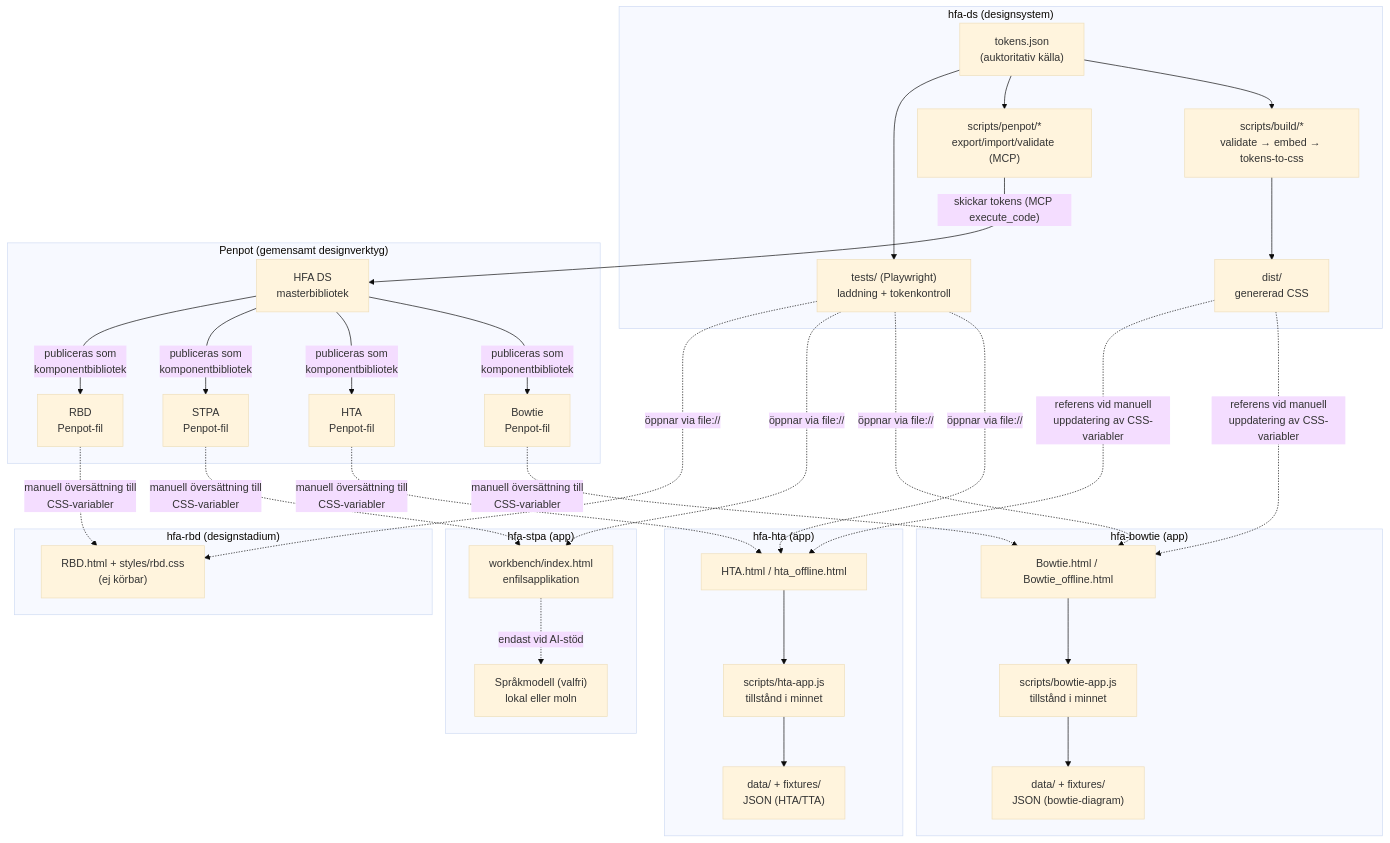
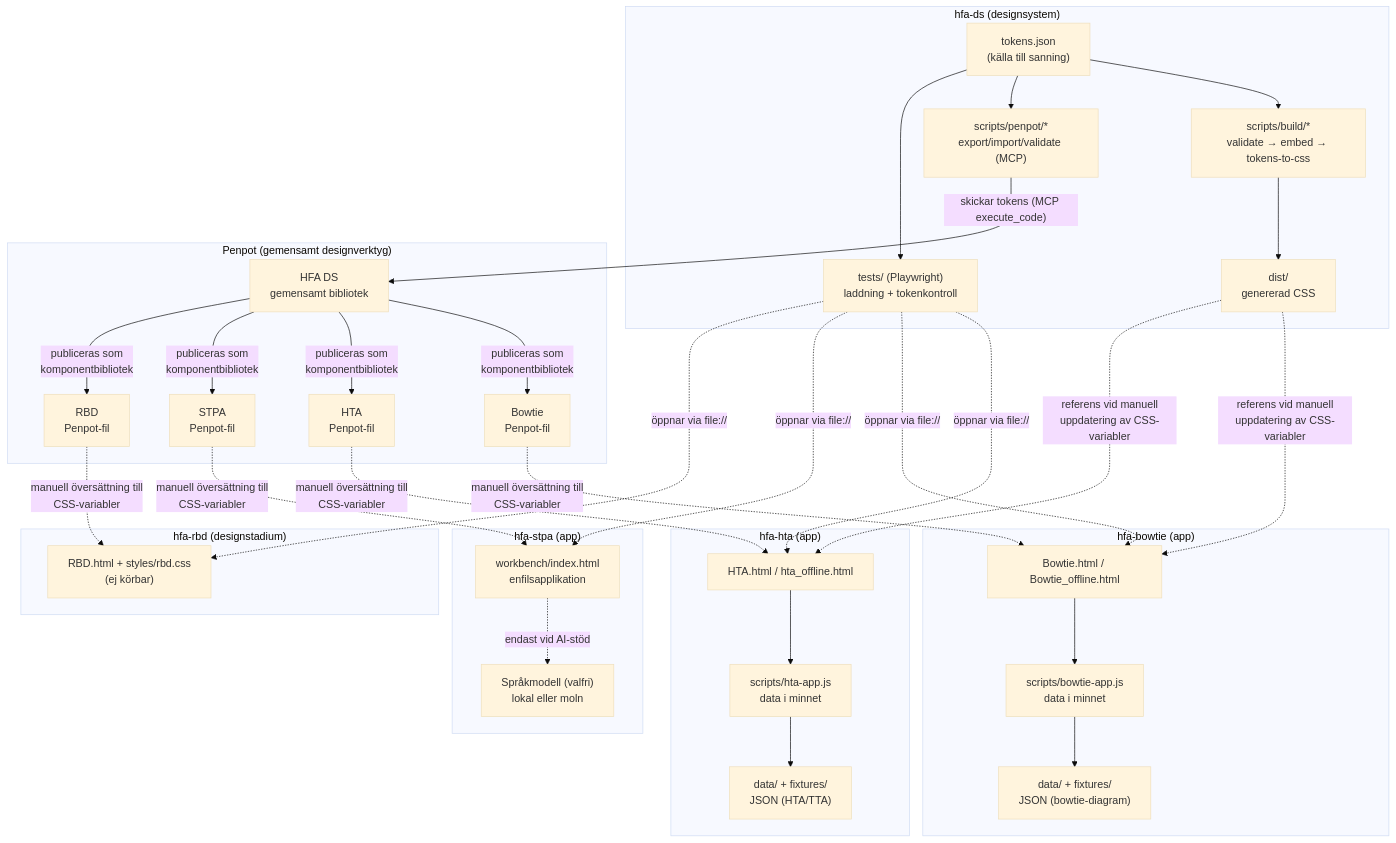
One commit to larswpettersson/hfa-ds changed the first of 3 diagrams in arkitektur.md. Above: the diagram before and after it, drawn with Mermaid (base theme). The commit also changed other lines of this file and 1 other file, not shown here.

First line of the commit message:
Docs: plainer wording in the architecture documents

````diff
--- a/arkitektur.md
+++ b/arkitektur.md
@@ -67,64 +67,64 @@
 ```mermaid
 flowchart TB
     subgraph DS["hfa-ds (designsystem)"]
-        tokens["tokens.json<br/>(auktoritativ källa)"]
+        tokens["tokens.json<br/>(källa till sanning)"]
         buildScripts["scripts/build/*<br/>validate → embed → tokens-to-css"]
         penpotScripts["scripts/penpot/*<br/>export/import/validate (MCP)"]
         dist["dist/<br/>genererad CSS"]
         tests["tests/ (Playwright)<br/>laddning + tokenkontroll"]
         tokens --> buildScripts --> dist
         tokens --> penpotScripts
         tokens --> tests
     end
 
     subgraph Penpot["Penpot (gemensamt designverktyg)"]
-        masterLib["HFA DS<br/>masterbibliotek"]
+        masterLib["HFA DS<br/>gemensamt bibliotek"]
         bowtieFile["Bowtie<br/>Penpot-fil"]
         htaFile["HTA<br/>Penpot-fil"]
         stpaFile["STPA<br/>Penpot-fil"]
         rbdFile["RBD<br/>Penpot-fil"]
     end
 
     subgraph HTA["hfa-hta (app)"]
         htaHtml["HTA.html / hta_offline.html"]
-        htaApp["scripts/hta-app.js<br/>tillstånd i minnet"]
+        htaApp["scripts/hta-app.js<br/>data i minnet"]
         htaData["data/ + fixtures/<br/>JSON (HTA/TTA)"]
         htaHtml --> htaApp --> htaData
     end
 
     subgraph Bowtie["hfa-bowtie (app)"]
         bowtieHtml["Bowtie.html / Bowtie_offline.html"]
-        bowtieApp["scripts/bowtie-app.js<br/>tillstånd i minnet"]
+        bowtieApp["scripts/bowtie-app.js<br/>data i minnet"]
         bowtieData["data/ + fixtures/<br/>JSON (bowtie-diagram)"]
         bowtieHtml --> bowtieApp --> bowtieData
     end
 
     subgraph STPA["hfa-stpa (app)"]
         wb["workbench/index.html<br/>enfilsapplikation"]
         llm["Språkmodell (valfri)<br/>lokal eller moln"]
         wb -. "endast vid AI-stöd" .-> llm
     end
 
     subgraph RBD["hfa-rbd (designstadium)"]
         rbdHtml["RBD.html + styles/rbd.css<br/>(ej körbar)"]
     end
 
     penpotScripts -- "skickar tokens (MCP execute_code)" --> masterLib
     masterLib -- "publiceras som<br/>komponentbibliotek" --> bowtieFile
     masterLib -- "publiceras som<br/>komponentbibliotek" --> htaFile
     masterLib -- "publiceras som<br/>komponentbibliotek" --> stpaFile
     masterLib -- "publiceras som<br/>komponentbibliotek" --> rbdFile
 
     bowtieFile -. "manuell översättning till<br/>CSS-variabler" .-> bowtieHtml
     htaFile -. "manuell översättning till<br/>CSS-variabler" .-> htaHtml
     stpaFile -. "manuell översättning till<br/>CSS-variabler" .-> wb
     rbdFile -. "manuell översättning till<br/>CSS-variabler" .-> rbdHtml
 
     dist -. "referens vid manuell<br/>uppdatering av CSS-variabler" .-> bowtieHtml
     dist -. "referens vid manuell<br/>uppdatering av CSS-variabler" .-> htaHtml
 
     tests -. "öppnar via file://" .-> htaHtml
     tests -. "öppnar via file://" .-> bowtieHtml
     tests -. "öppnar via file://" .-> wb
     tests -. "öppnar via file://" .-> rbdHtml
 ```
````
